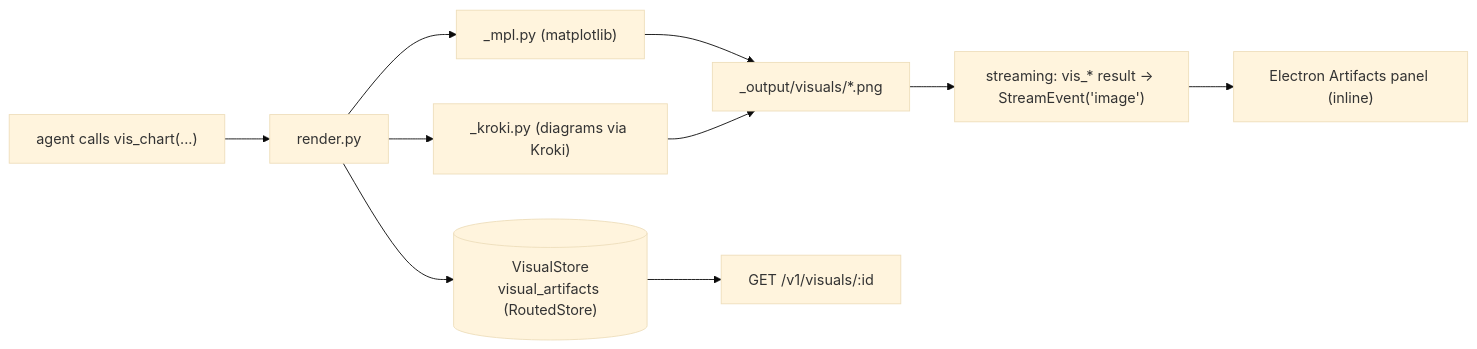
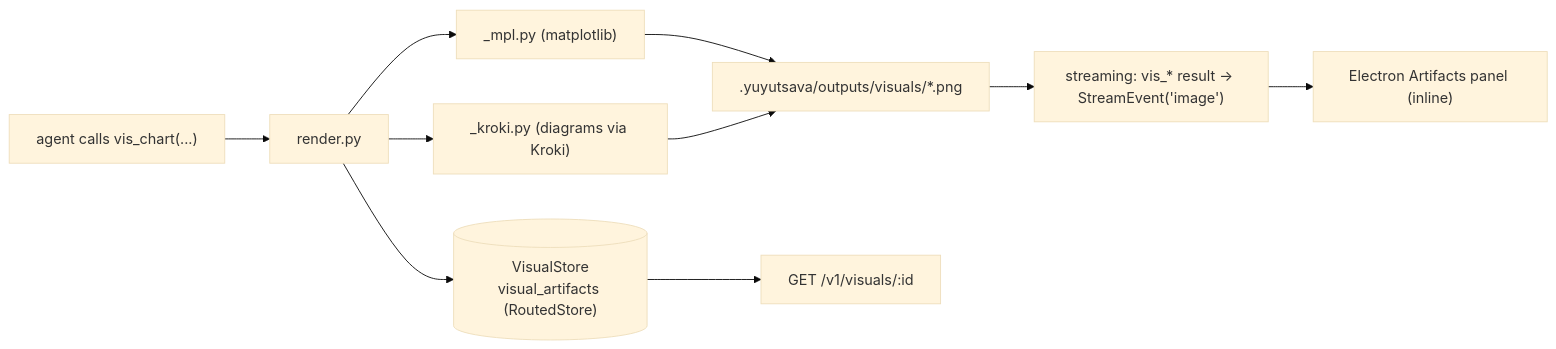
Before and after one commit to Abhinav210310453045/YUYUTSAVA-backend: diagram 15 of 18 in docs/architecture/overview.md, drawn with Mermaid (base theme). The commit also changed other lines of this file and 5 other files, not shown here.

````diff
--- a/docs/architecture/overview.md
+++ b/docs/architecture/overview.md
@@ -1573,11 +1573,11 @@
 ```mermaid
 flowchart LR
     Agent["agent calls vis_chart(...)"] --> Render["render.py"]
     Render --> MPL["_mpl.py (matplotlib)"]
     Render --> Kroki["_kroki.py (diagrams via Kroki)"]
-    MPL & Kroki --> File["_output/visuals/*.png"]
+    MPL & Kroki --> File[".yuyutsava/outputs/visuals/*.png"]
     Render --> Store[("VisualStore<br/>visual_artifacts (RoutedStore)")]
     Store --> API["GET /v1/visuals/:id"]
     File --> Stream["streaming: vis_* result → StreamEvent('image')"]
     Stream --> UI["Electron Artifacts panel (inline)"]
 ```
````
